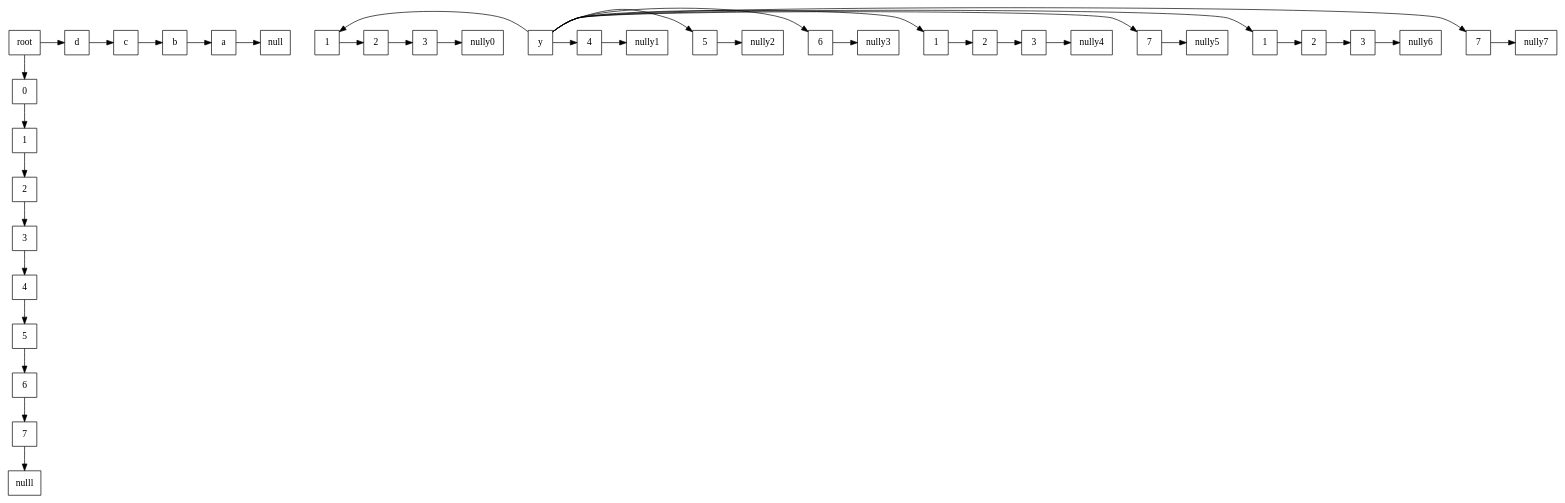
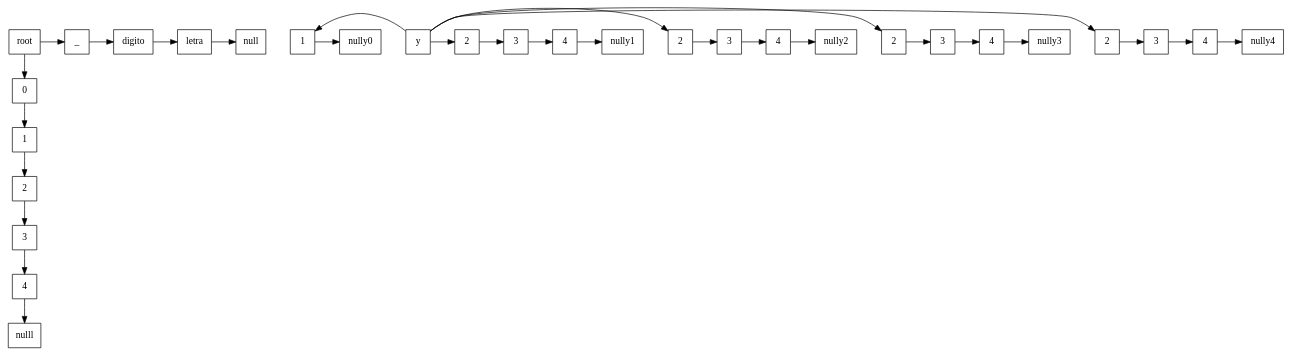
The diagram in Compi1Proyecto1/tabla.dot (AhiezerRamirez/Compi1Proyecto1), drawn with Graphviz before and after one commit. The commit also changed 14 other files, not shown here.

```diff
--- a/Compi1Proyecto1/tabla.dot
+++ b/Compi1Proyecto1/tabla.dot
@@ -1,51 +1,40 @@
 digraph tabla{ 
  	rankdir=TB;
 	node [shape=rectangle, height=0.5, width=0.5];
 	graph[ nodesep = 0.5];
-	d[label="d"];
-	c[label="c"];
-	b[label="b"];
-	a[label="a"];
+	_[label="_"];
+	digito[label="digito"];
+	letra[label="letra"];
 	root[label="root"];
 	y0[label="0"];
 	y1[label="1"];
 	y2[label="2"];
 	y3[label="3"];
 	y4[label="4"];
-	y5[label="5"];
-	y6[label="6"];
-	y7[label="7"];
-	root -> d -> c -> b -> a -> null
-	root -> y0 -> y1 -> y2 -> y3 -> y4 -> y5 -> y6 -> y7 -> nulll
+	root -> _ -> digito -> letra -> null
+	root -> y0 -> y1 -> y2 -> y3 -> y4 -> nulll
 	xy01[label="1"]
-	xy02[label="2"]
-	xy03[label="3"]
+	xy12[label="2"]
+	xy13[label="3"]
 	xy14[label="4"]
-	xy25[label="5"]
-	xy36[label="6"]
-	xy41[label="1"]
+	xy22[label="2"]
+	xy23[label="3"]
+	xy24[label="4"]
+	xy32[label="2"]
+	xy33[label="3"]
+	xy34[label="4"]
 	xy42[label="2"]
 	xy43[label="3"]
-	xy57[label="7"]
-	xy61[label="1"]
-	xy62[label="2"]
-	xy63[label="3"]
-	xy77[label="7"]
-	y -> xy01 -> xy02 -> xy03 -> nully0[constraint=false];
-	y -> xy14 -> nully1[constraint=false];
-	y -> xy25 -> nully2[constraint=false];
-	y -> xy36 -> nully3[constraint=false];
-	y -> xy41 -> xy42 -> xy43 -> nully4[constraint=false];
-	y -> xy57 -> nully5[constraint=false];
-	y -> xy61 -> xy62 -> xy63 -> nully6[constraint=false];
-	y -> xy77 -> nully7[constraint=false];
-	{ rank=same;root;null;d;c;b;a}
-	{ rank=same;y;nully0;xy01;xy02;xy03}
-	{ rank=same;y;nully1;xy14}
-	{ rank=same;y;nully2;xy25}
-	{ rank=same;y;nully3;xy36}
-	{ rank=same;y;nully4;xy41;xy42;xy43}
-	{ rank=same;y;nully5;xy57}
-	{ rank=same;y;nully6;xy61;xy62;xy63}
-	{ rank=same;y;nully7;xy77}
+	xy44[label="4"]
+	y -> xy01 -> nully0[constraint=false];
+	y -> xy12 -> xy13 -> xy14 -> nully1[constraint=false];
+	y -> xy22 -> xy23 -> xy24 -> nully2[constraint=false];
+	y -> xy32 -> xy33 -> xy34 -> nully3[constraint=false];
+	y -> xy42 -> xy43 -> xy44 -> nully4[constraint=false];
+	{ rank=same;root;null;_;digito;letra}
+	{ rank=same;y;nully0;xy01}
+	{ rank=same;y;nully1;xy12;xy13;xy14}
+	{ rank=same;y;nully2;xy22;xy23;xy24}
+	{ rank=same;y;nully3;xy32;xy33;xy34}
+	{ rank=same;y;nully4;xy42;xy43;xy44}
 }
```
